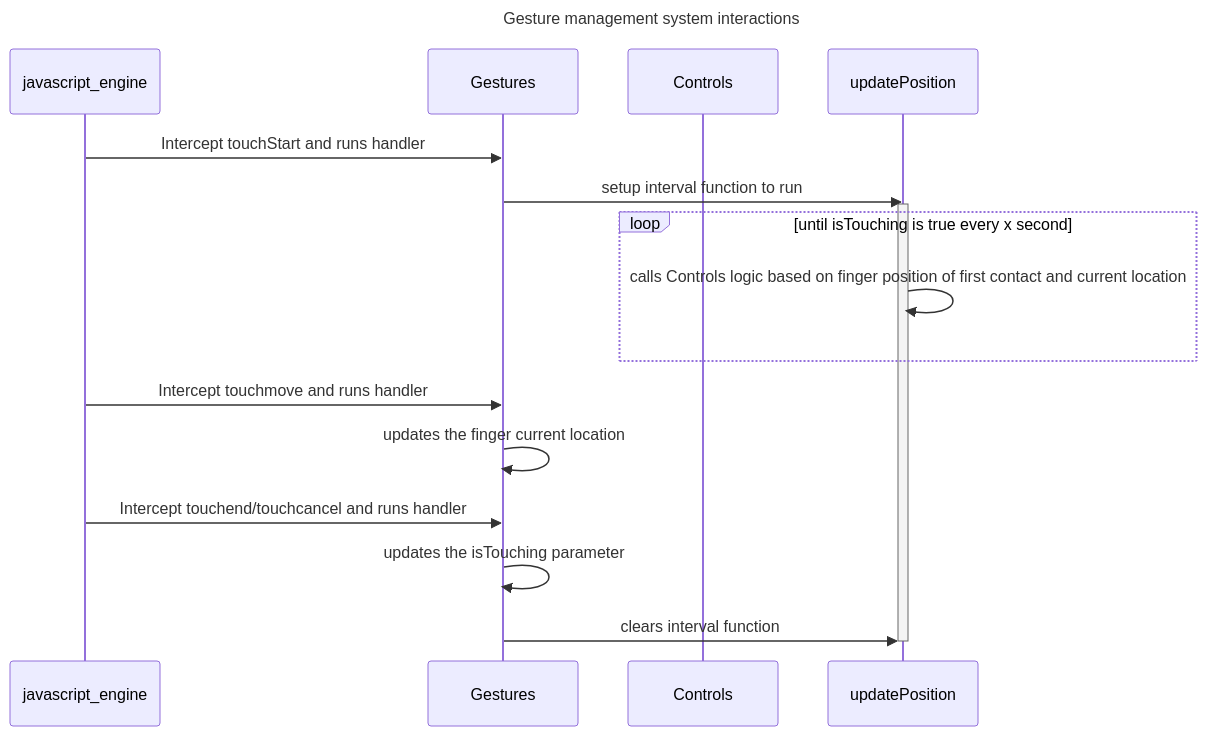
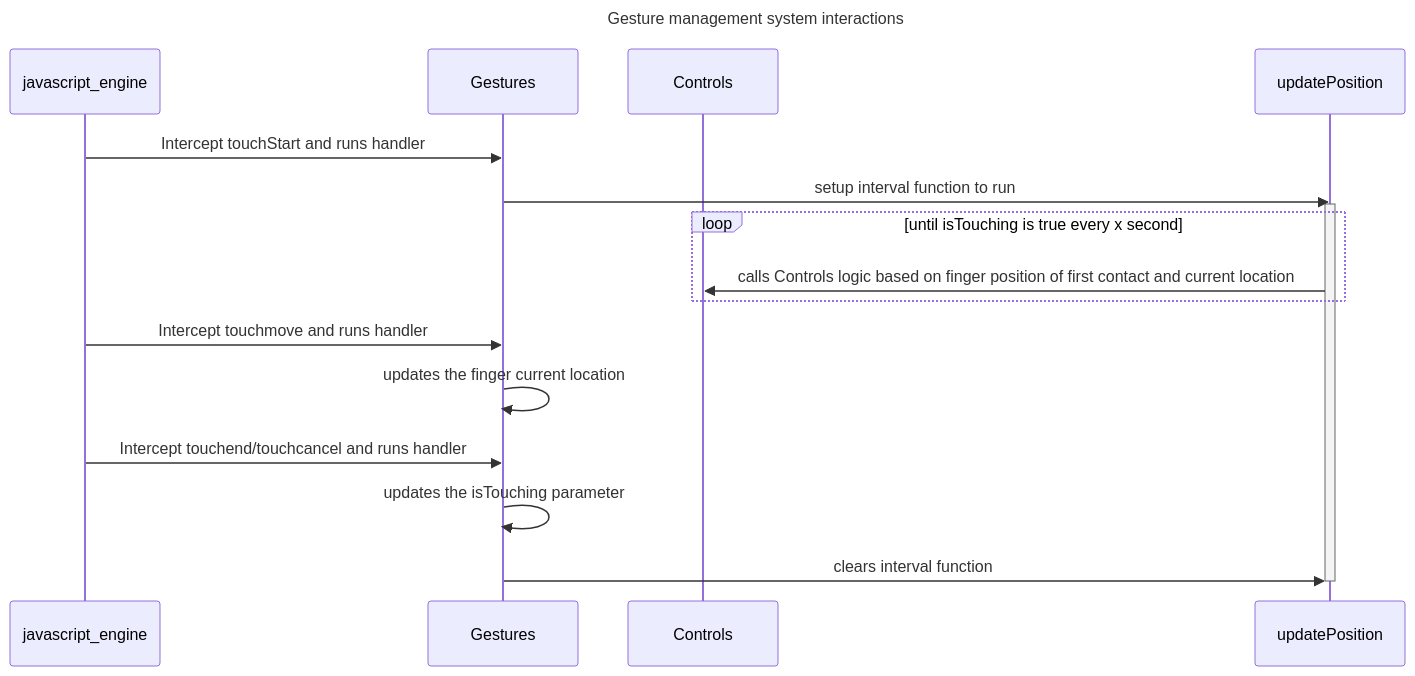
The second of 2 diagrams in report.md (carnivuth/tatodrone), drawn with Mermaid before and after one commit.

Commit message:
updated report

````diff
--- a/report.md
+++ b/report.md
@@ -183,24 +183,24 @@
 ```mermaid
 ---
 title: Gesture management system interactions
 ---
 sequenceDiagram
 participant javascript_engine
 participant Gestures
 participant Controls
 participant updatePosition
 javascript_engine->>Gestures: Intercept touchStart and runs handler
 Gestures->>updatePosition: setup interval function to run
 activate updatePosition
 loop until isTouching is true every x second
-    updatePosition ->> updatePosition: calls Controls logic based on finger position of first contact and current location
+    updatePosition ->> Controls: calls Controls logic based on finger position of first contact and current location
 end
 
 javascript_engine->>Gestures: Intercept touchmove and runs handler
 Gestures ->> Gestures: updates the finger current location
 
 javascript_engine->>Gestures: Intercept touchend/touchcancel and runs handler
 Gestures ->> Gestures: updates the isTouching parameter
 Gestures ->> updatePosition: clears interval function
 deactivate updatePosition
 ```
````
